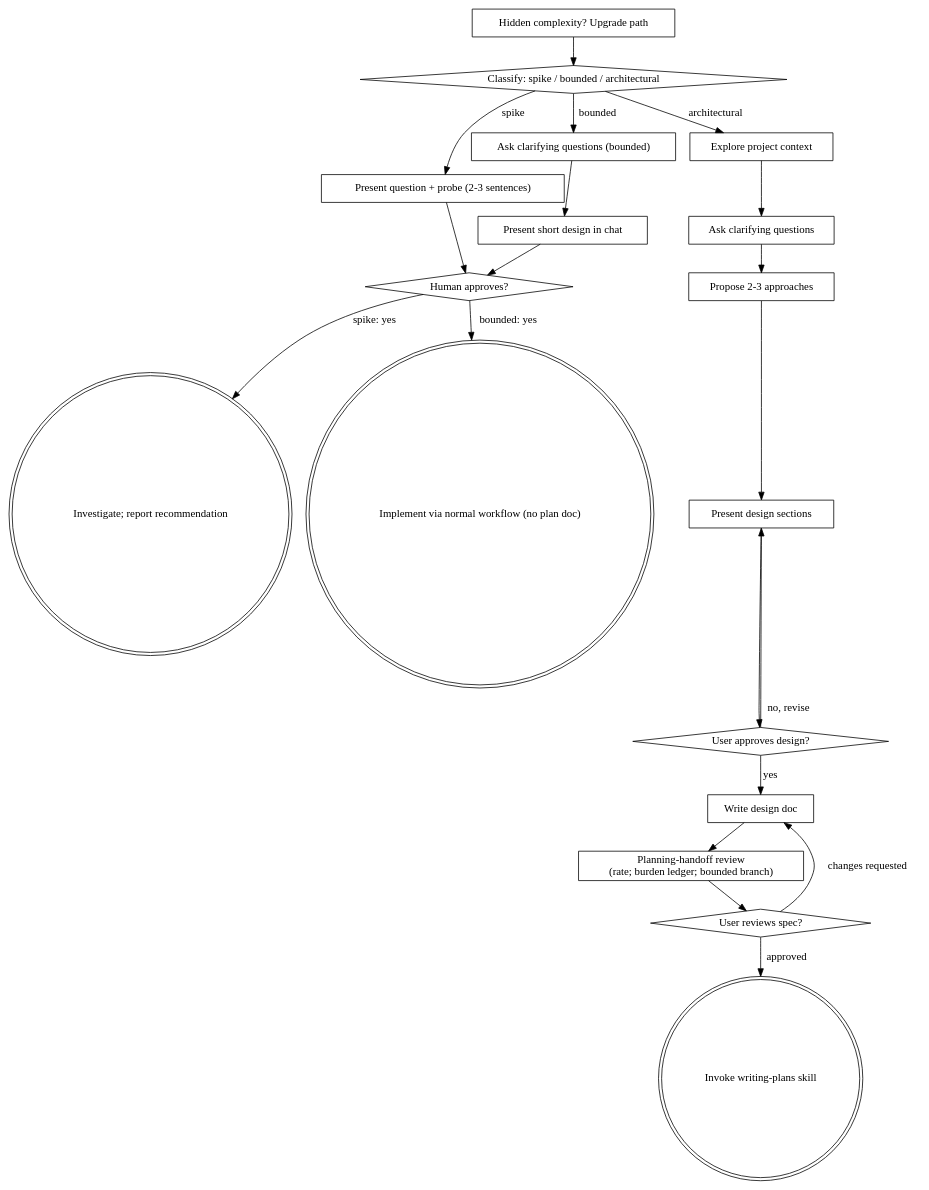
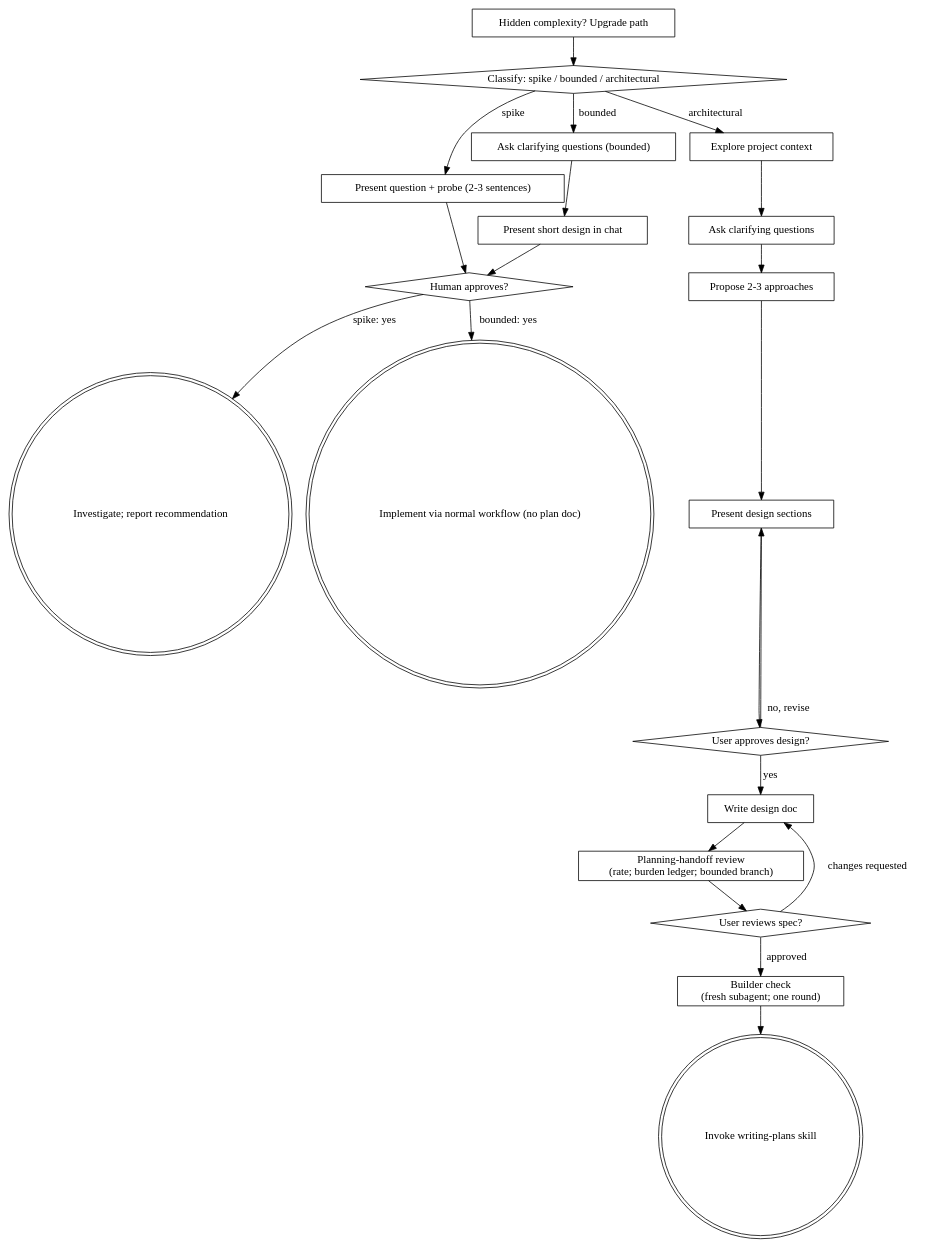
The diagram in skills/brainstorming/SKILL.md (Poseidoncode/superpowers-mcp), drawn with Graphviz before and after one commit. The commit also changed other lines of this file and 49 other files, not shown here.

````diff
--- a/skills/brainstorming/SKILL.md
+++ b/skills/brainstorming/SKILL.md
@@ -142,41 +143,43 @@
 ```dot
 digraph brainstorming {
     "Classify: spike / bounded / architectural" [shape=diamond];
     "Present question + probe (2-3 sentences)" [shape=box];
     "Ask clarifying questions (bounded)" [shape=box];
     "Present short design in chat" [shape=box];
     "Human approves?" [shape=diamond];
     "Investigate; report recommendation" [shape=doublecircle];
     "Implement via normal workflow (no plan doc)" [shape=doublecircle];
     "Explore project context" [shape=box];
     "Ask clarifying questions" [shape=box];
     "Propose 2-3 approaches" [shape=box];
     "Present design sections" [shape=box];
     "User approves design?" [shape=diamond];
     "Write design doc" [shape=box];
     "Planning-handoff review\n(rate; burden ledger; bounded branch)" [shape=box];
     "User reviews spec?" [shape=diamond];
+    "Builder check\n(fresh subagent; one round)" [shape=box];
     "Invoke writing-plans skill" [shape=doublecircle];
     "Hidden complexity? Upgrade path" [shape=box];
 
     "Classify: spike / bounded / architectural" -> "Present question + probe (2-3 sentences)" [label="spike"];
     "Classify: spike / bounded / architectural" -> "Ask clarifying questions (bounded)" [label="bounded"];
     "Classify: spike / bounded / architectural" -> "Explore project context" [label="architectural"];
     "Present question + probe (2-3 sentences)" -> "Human approves?";
     "Ask clarifying questions (bounded)" -> "Present short design in chat";
     "Present short design in chat" -> "Human approves?";
     "Human approves?" -> "Investigate; report recommendation" [label="spike: yes"];
     "Human approves?" -> "Implement via normal workflow (no plan doc)" [label="bounded: yes"];
     "Hidden complexity? Upgrade path" -> "Classify: spike / bounded / architectural";
     "Explore project context" -> "Ask clarifying questions";
     "Ask clarifying questions" -> "Propose 2-3 approaches";
     "Propose 2-3 approaches" -> "Present design sections";
     "Present design sections" -> "User approves design?";
     "User approves design?" -> "Present design sections" [label="no, revise"];
     "User approves design?" -> "Write design doc" [label="yes"];
     "Write design doc" -> "Planning-handoff review\n(rate; burden ledger; bounded branch)";
     "Planning-handoff review\n(rate; burden ledger; bounded branch)" -> "User reviews spec?";
     "User reviews spec?" -> "Write design doc" [label="changes requested"];
-    "User reviews spec?" -> "Invoke writing-plans skill" [label="approved"];
+    "User reviews spec?" -> "Builder check\n(fresh subagent; one round)" [label="approved"];
+    "Builder check\n(fresh subagent; one round)" -> "Invoke writing-plans skill";
 }
 ```
````
